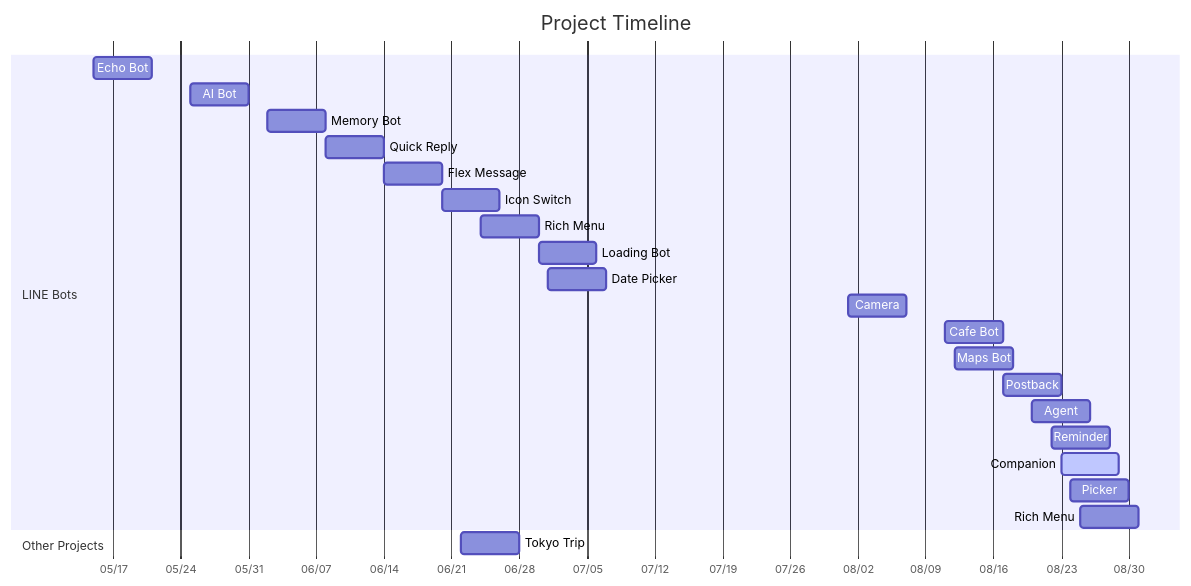
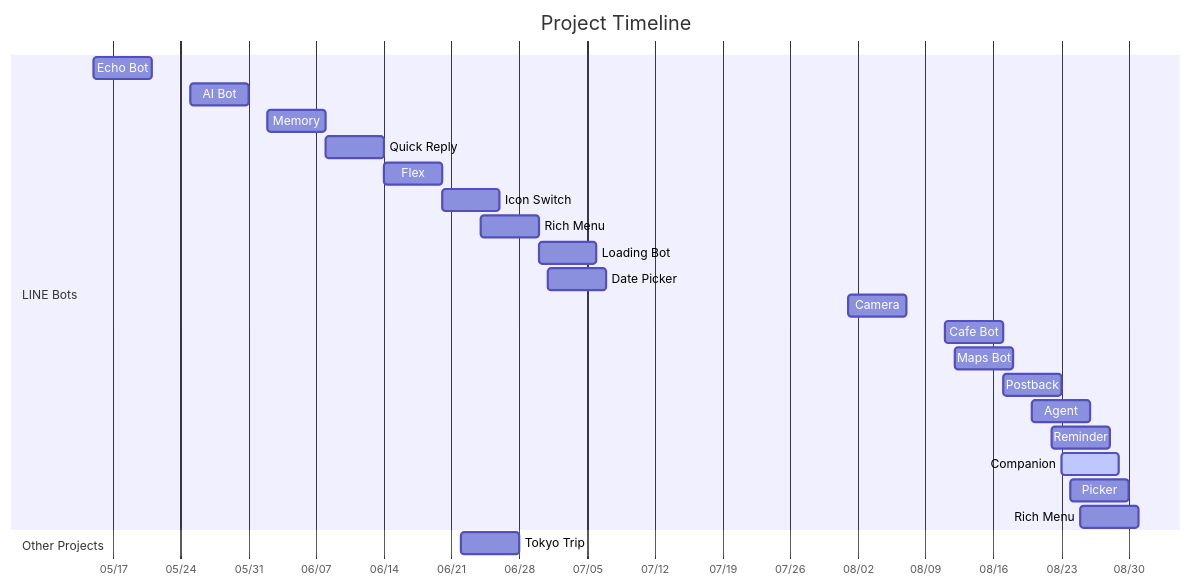
One commit to zonawang/zona-ai-learning-lab changed the diagram in README.md. Above: the diagram before and after it, drawn with Mermaid.

Commit message:
docs: shorten timeline labels

````diff
--- a/README.md
+++ b/README.md
@@ -11,29 +11,29 @@
 ```mermaid
 gantt
     title Project Timeline
     dateFormat YYYY-MM-DD
     axisFormat %m/%d
 
     section LINE Bots
     Echo Bot      :p1, 2026-05-15, 6d
     AI Bot        :p2, 2026-05-25, 6d
-    Memory Bot    :p3, 2026-06-02, 6d
+    Memory        :p3, 2026-06-02, 6d
     Quick Reply   :p4, 2026-06-08, 6d
-    Flex Message  :p5, 2026-06-14, 6d
+    Flex          :p5, 2026-06-14, 6d
     Icon Switch   :p6, 2026-06-20, 6d
     Rich Menu     :p8, 2026-06-24, 6d
     Loading Bot   :p9, 2026-06-30, 6d
     Date Picker   :p10, 2026-07-01, 6d
     Camera        :p11, 2026-08-01, 6d
     Cafe Bot      :p12, 2026-08-11, 6d
     Maps Bot      :p13, 2026-08-12, 6d
     Postback      :p14, 2026-08-17, 6d
     Agent         :p15, 2026-08-20, 6d
     Reminder      :p16, 2026-08-22, 6d
     Companion     :active, p17, 2026-08-23, 6d
     Picker        :p18, 2026-08-24, 6d
     Rich Menu     :p19, 2026-08-25, 6d
 
     section Other Projects
     Tokyo Trip    :p7, 2026-06-22, 6d
 ```
````
